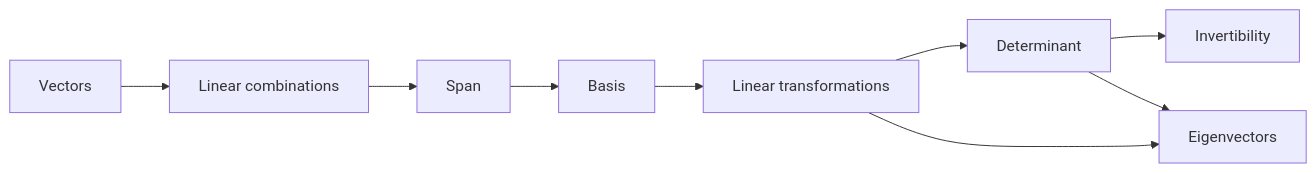
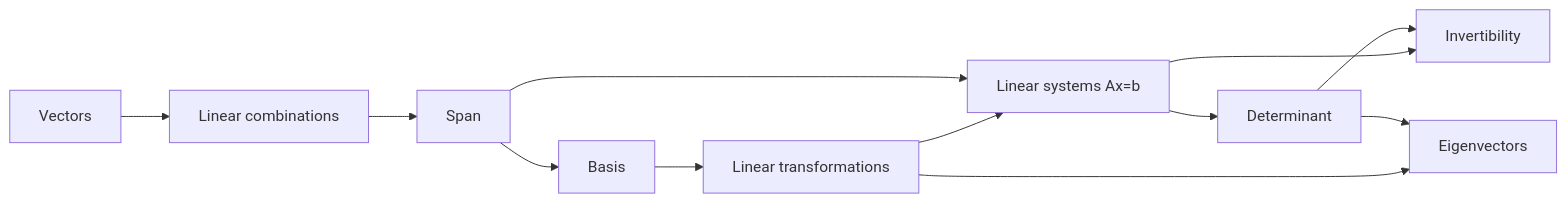
Before and after one commit to chess6/technical-learning: the diagram in docs/INTERACTIVE_TEXTBOOK_VISION.md, drawn with Mermaid. The commit also changed other lines of this file and 16 other files, not shown here.

First line of the commit message:
Add linear systems lesson unifying row and column pictures of Ax=b.

````diff
--- a/docs/INTERACTIVE_TEXTBOOK_VISION.md
+++ b/docs/INTERACTIVE_TEXTBOOK_VISION.md
@@ -716,11 +716,14 @@
 ```mermaid
 flowchart LR
   vectors[Vectors] --> combos[Linear combinations]
   combos --> span[Span]
   span --> basis[Basis]
   basis --> transforms[Linear transformations]
-  transforms --> det[Determinant]
-  det --> invert[Invertibility]
+  transforms --> systems[Linear systems Ax=b]
+  span --> systems
+  systems --> det[Determinant]
+  systems --> invert[Invertibility]
+  det --> invert
   transforms --> eigen[Eigenvectors]
   det --> eigen
 ```
````
